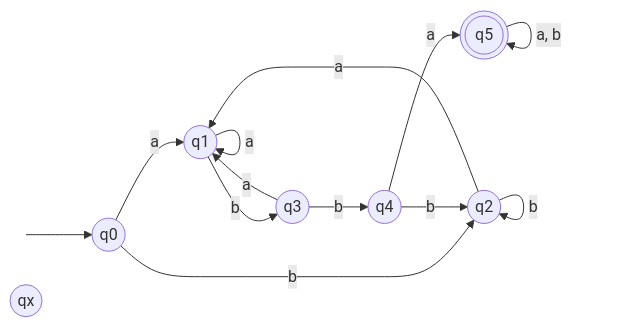
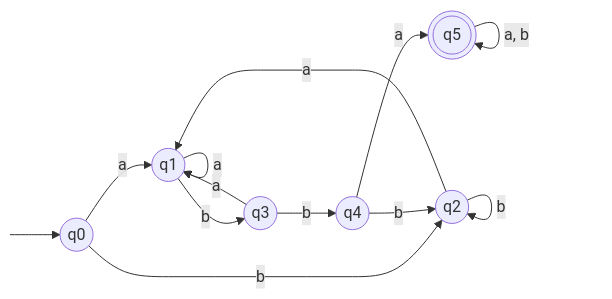
Before and after one commit to bfeitknecht/vault: the first of 2 diagrams in sem3/TIN/UE/bf/TI-bf-u03.md, drawn with Mermaid.

Commit message:
backup: 2024-10-09T23:06:11+02:00 from MacBook Pro (echo)
Affected files:
sem3/TIN/UE/bf/TI-bf-u03.md

````diff
--- a/sem3/TIN/UE/bf/TI-bf-u03.md
+++ b/sem3/TIN/UE/bf/TI-bf-u03.md
@@ -24,35 +24,33 @@
 ```mermaid
 flowchart LR
 
 classDef hidden display: none;
 
 S:::hidden
 q0((q0))
 q1((q1))
 q2((q2))
 q3((q3))
 q4((q4))
 q5(((q5)))
 
-qx((qx))
-
 S --> q0
 
 q0 -->|"a"| q1
 q0 -->|"b"| q2
 
 q1 -->|"a"| q1
+q1 -->|"b"| q3
+
+q2 -->|"a"| q1
 q2 -->|"b"| q2
-
-q1 -->|"b"| q3
-q2 -->|"a"| q1
 
 q3 -->|"a"| q1
 q3 -->|"b"| q4
 
 q4 -->|"a"| q5
+q4 -->|"b"| q2
 
-q4 -->|"b"| q2
 q5 -->|"a, b"| q5
 
 ```
````
